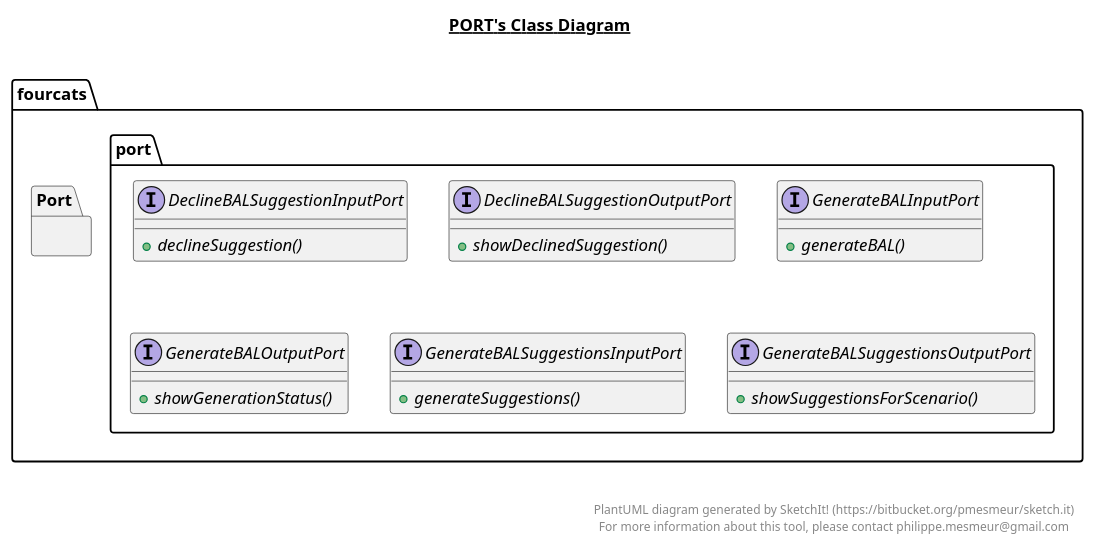
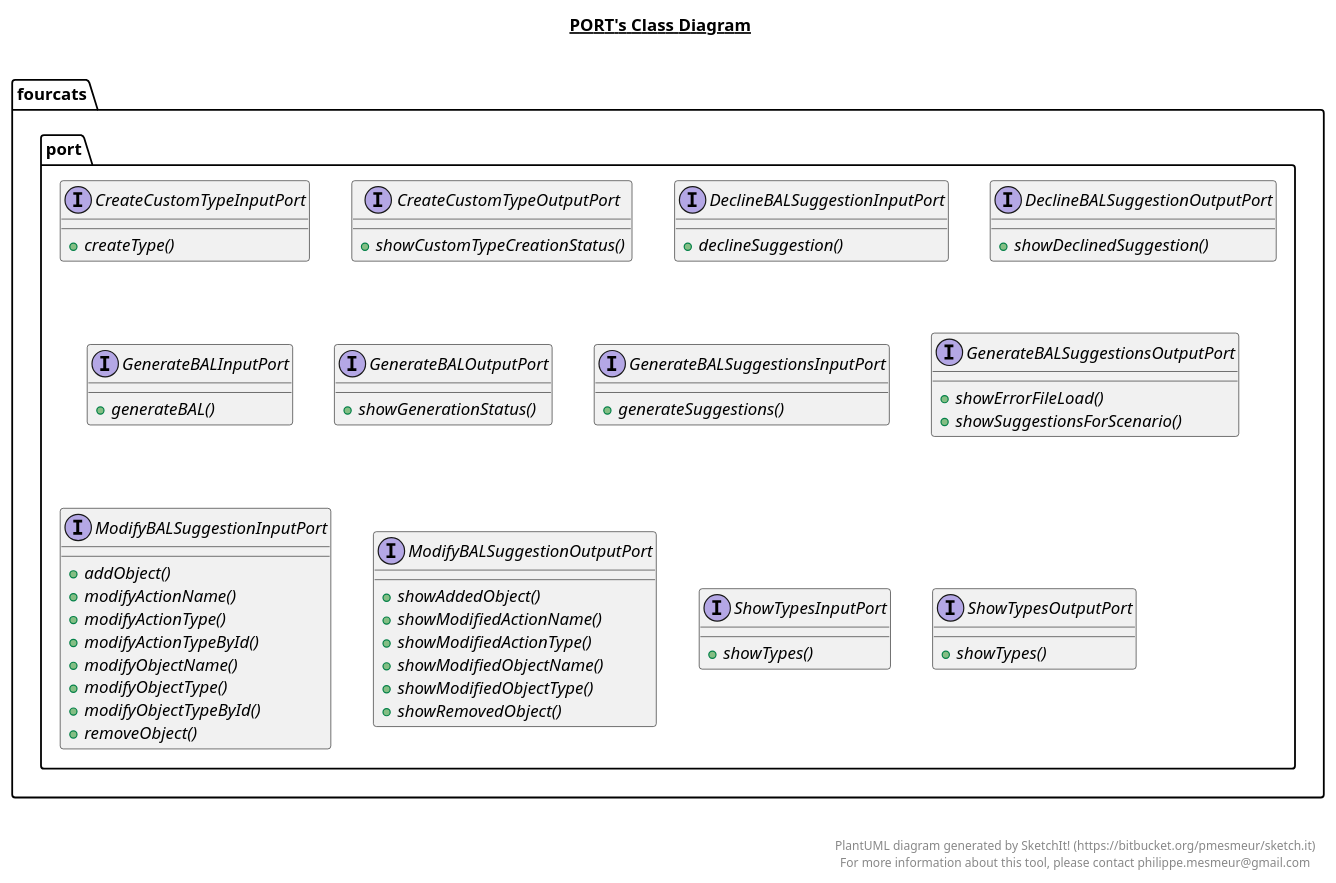
The diagram in NaturalAPI_Design/src/main/java/fourcats/port/Port.plantuml (fourcatsteam/NaturalAPI), drawn with PlantUML before and after one commit. The commit also changed 22 other files, not shown here.

```diff
--- a/NaturalAPI_Design/src/main/java/fourcats/port/Port.plantuml
+++ b/NaturalAPI_Design/src/main/java/fourcats/port/Port.plantuml
@@ -1,68 +1,135 @@
 @startuml
 
 title __PORT's Class Diagram__\n
 
   namespace fourcats {
-    namespace Port {
+    namespace port {
+      interface fourcats.port.CreateCustomTypeInputPort {
+          {abstract} + createType()
+      }
+    }
+  }
+  
+
+  namespace fourcats {
+    namespace port {
+      interface fourcats.port.CreateCustomTypeOutputPort {
+          {abstract} + showCustomTypeCreationStatus()
+      }
+    }
+  }
+  
+
+  namespace fourcats {
+    namespace port {
       interface fourcats.port.DeclineBALSuggestionInputPort {
           {abstract} + declineSuggestion()
       }
     }
   }
   
 
   namespace fourcats {
-    namespace Port {
+    namespace port {
       interface fourcats.port.DeclineBALSuggestionOutputPort {
           {abstract} + showDeclinedSuggestion()
       }
     }
   }
   
 
   namespace fourcats {
-    namespace Port {
+    namespace port {
       interface fourcats.port.GenerateBALInputPort {
           {abstract} + generateBAL()
       }
     }
   }
   
 
   namespace fourcats {
-    namespace Port {
+    namespace port {
       interface fourcats.port.GenerateBALOutputPort {
           {abstract} + showGenerationStatus()
       }
     }
   }
   
 
   namespace fourcats {
-    namespace Port {
+    namespace port {
       interface fourcats.port.GenerateBALSuggestionsInputPort {
           {abstract} + generateSuggestions()
       }
     }
   }
   
 
   namespace fourcats {
-    namespace Port {
+    namespace port {
       interface fourcats.port.GenerateBALSuggestionsOutputPort {
+          {abstract} + showErrorFileLoad()
           {abstract} + showSuggestionsForScenario()
+      }
+    }
+  }
+  
+
+  namespace fourcats {
+    namespace port {
+      interface fourcats.port.ModifyBALSuggestionInputPort {
+          {abstract} + addObject()
+          {abstract} + modifyActionName()
+          {abstract} + modifyActionType()
+          {abstract} + modifyActionTypeById()
+          {abstract} + modifyObjectName()
+          {abstract} + modifyObjectType()
+          {abstract} + modifyObjectTypeById()
+          {abstract} + removeObject()
+      }
+    }
+  }
+  
+
+  namespace fourcats {
+    namespace port {
+      interface fourcats.port.ModifyBALSuggestionOutputPort {
+          {abstract} + showAddedObject()
+          {abstract} + showModifiedActionName()
+          {abstract} + showModifiedActionType()
+          {abstract} + showModifiedObjectName()
+          {abstract} + showModifiedObjectType()
+          {abstract} + showRemovedObject()
+      }
+    }
+  }
+  
+
+  namespace fourcats {
+    namespace port {
+      interface fourcats.port.ShowTypesInputPort {
+          {abstract} + showTypes()
+      }
+    }
+  }
+  
+
+  namespace fourcats {
+    namespace port {
+      interface fourcats.port.ShowTypesOutputPort {
+          {abstract} + showTypes()
       }
     }
   }
   
 
 
 
 right footer
 
 
 PlantUML diagram generated by SketchIt! (https://bitbucket.org/pmesmeur/sketch.it)
 For more information about this tool, please contact philippe.mesmeur@gmail.com
 endfooter
 
 @enduml
```
